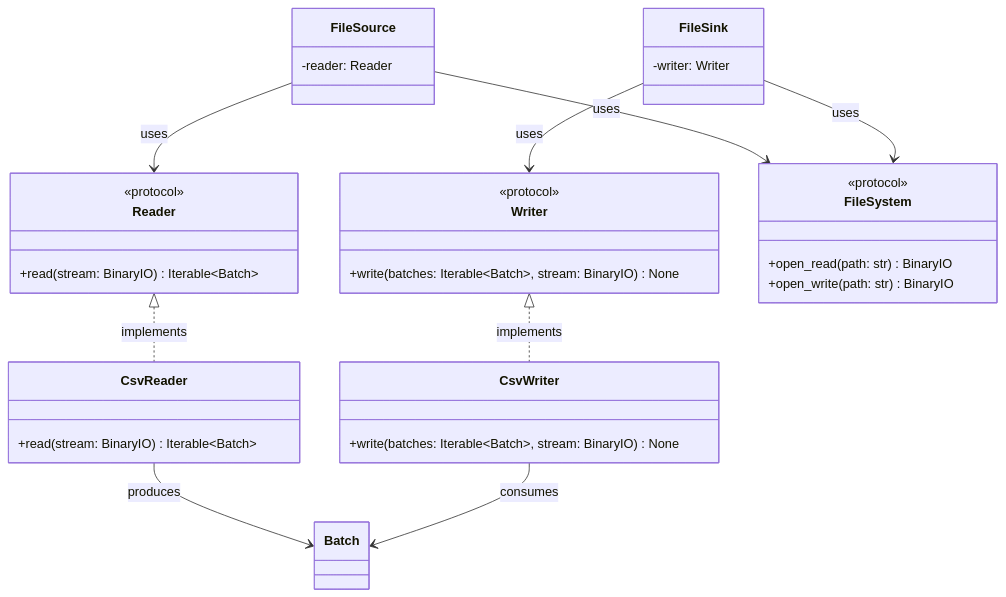
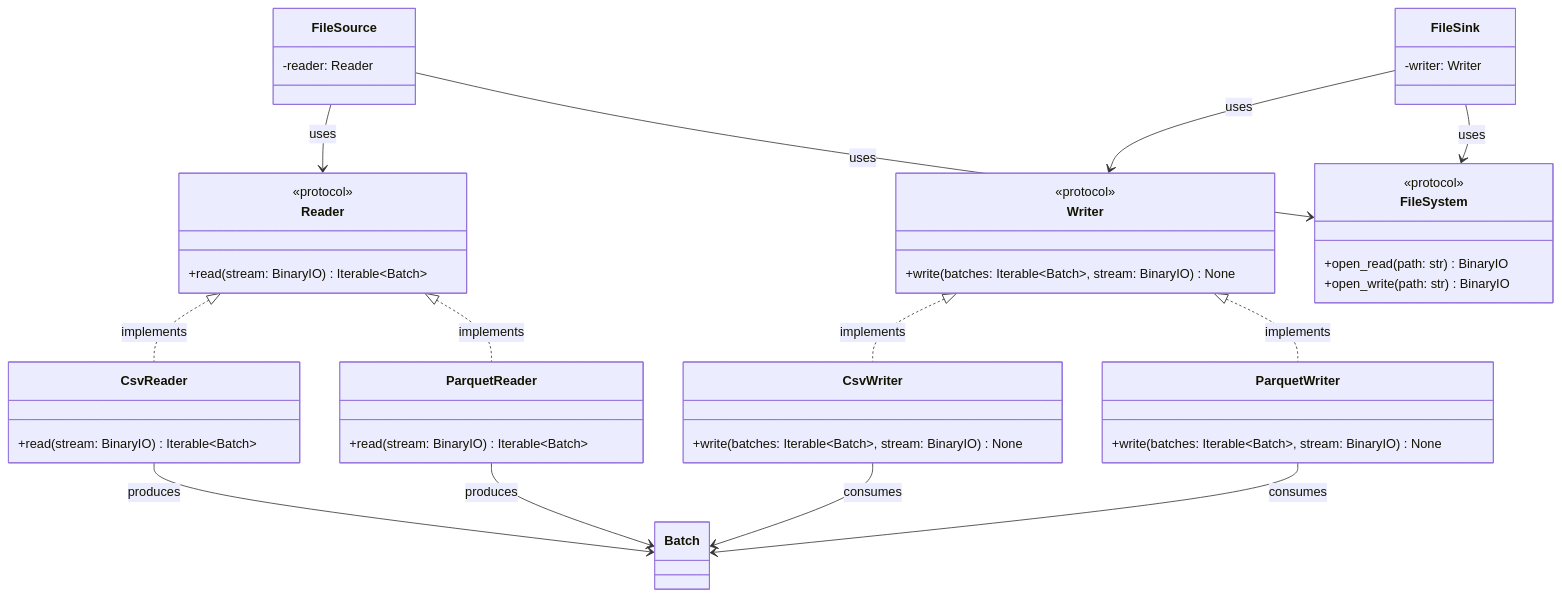
Before and after one commit to apaquette/ETLRelay: the diagram in docs/architecture/reader_and_writer.md, drawn with Mermaid. The commit also changed other lines of this file and 9 other files, not shown here.

````diff
--- a/docs/architecture/reader_and_writer.md
+++ b/docs/architecture/reader_and_writer.md
@@ -17,48 +17,60 @@
 ```mermaid
 classDiagram
     class Reader {
         <<protocol>>
         +read(stream: BinaryIO) Iterable~Batch~
     }
 
     class Writer {
         <<protocol>>
         +write(batches: Iterable~Batch~, stream: BinaryIO) None
     }
 
     class CsvReader {
         +read(stream: BinaryIO) Iterable~Batch~
     }
 
     class CsvWriter {
+        +write(batches: Iterable~Batch~, stream: BinaryIO) None
+    }
+
+    class ParquetReader {
+        +read(stream: BinaryIO) Iterable~Batch~
+    }
+
+    class ParquetWriter {
         +write(batches: Iterable~Batch~, stream: BinaryIO) None
     }
 
     class Batch
 
     class FileSource {
         -reader: Reader
     }
 
     class FileSink {
         -writer: Writer
     }
 
     class FileSystem {
         <<protocol>>
         +open_read(path: str) BinaryIO
         +open_write(path: str) BinaryIO
     }
 
     Reader <|.. CsvReader : implements
     Writer <|.. CsvWriter : implements
+    Reader <|.. ParquetReader : implements
+    Writer <|.. ParquetWriter : implements
 
     FileSource --> Reader : uses
     FileSink --> Writer : uses
 
     FileSource --> FileSystem : uses
     FileSink --> FileSystem : uses
 
     CsvReader --> Batch : produces
     CsvWriter --> Batch : consumes
+    ParquetReader --> Batch : produces
+    ParquetWriter --> Batch : consumes
 ```
````
